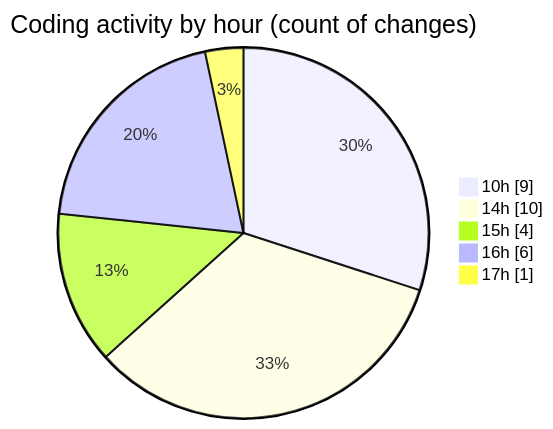
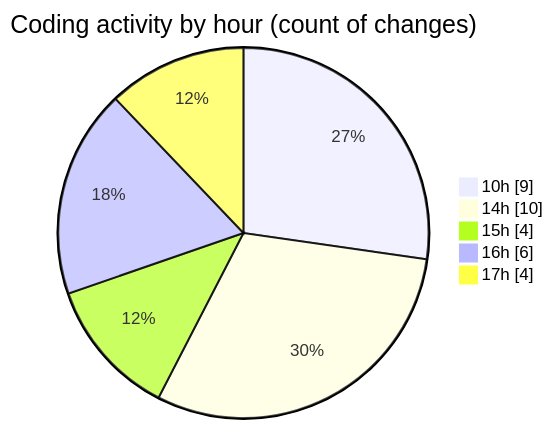
One commit to nxtqubesakshisongat/code-tracking changed the second of 2 diagrams in 2026-02-26/nxtqube_webapp/README.md. Above: the diagram before and after it, drawn with Mermaid. The commit also changed other lines of this file and 1 other file, not shown here.

````diff
--- a/2026-02-26/nxtqube_webapp/README.md
+++ b/2026-02-26/nxtqube_webapp/README.md
@@ -42,9 +42,9 @@
 ```mermaid
 pie showData
 title Coding activity by hour (count of changes)
 "10h" : 9
 "14h" : 10
 "15h" : 4
 "16h" : 6
-"17h" : 1
+"17h" : 4
 ```
````
